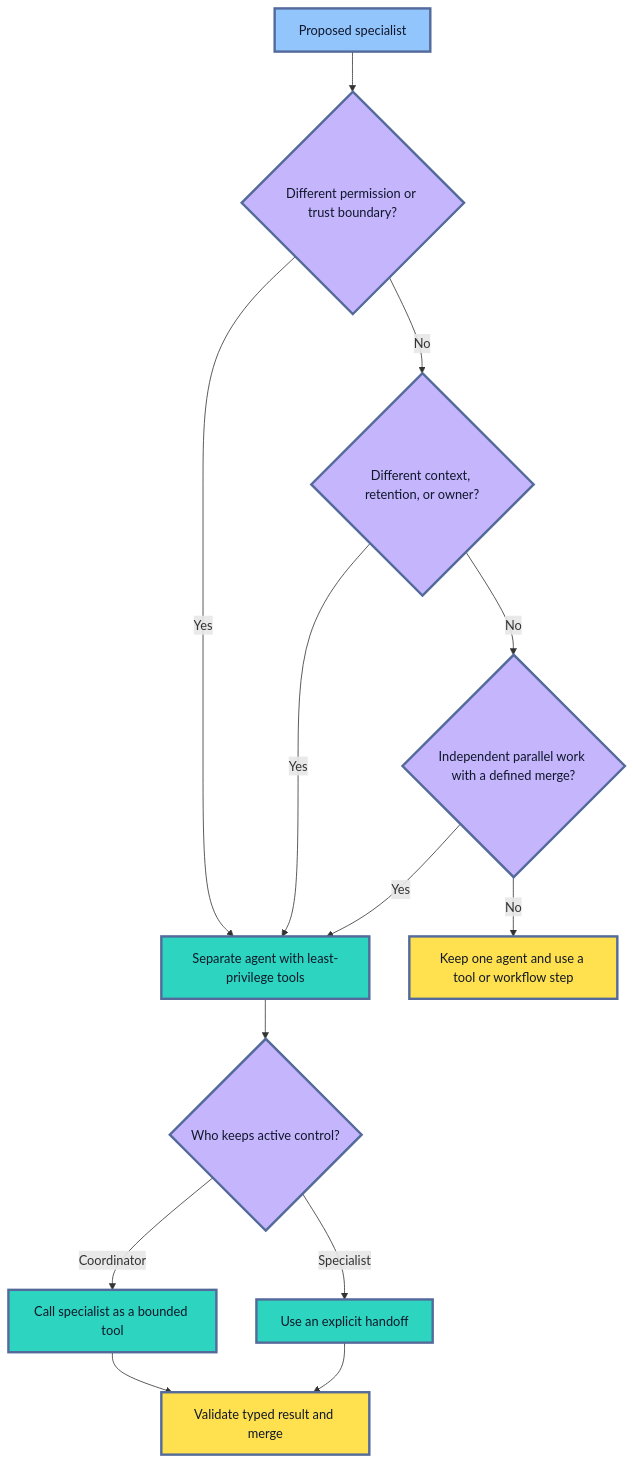
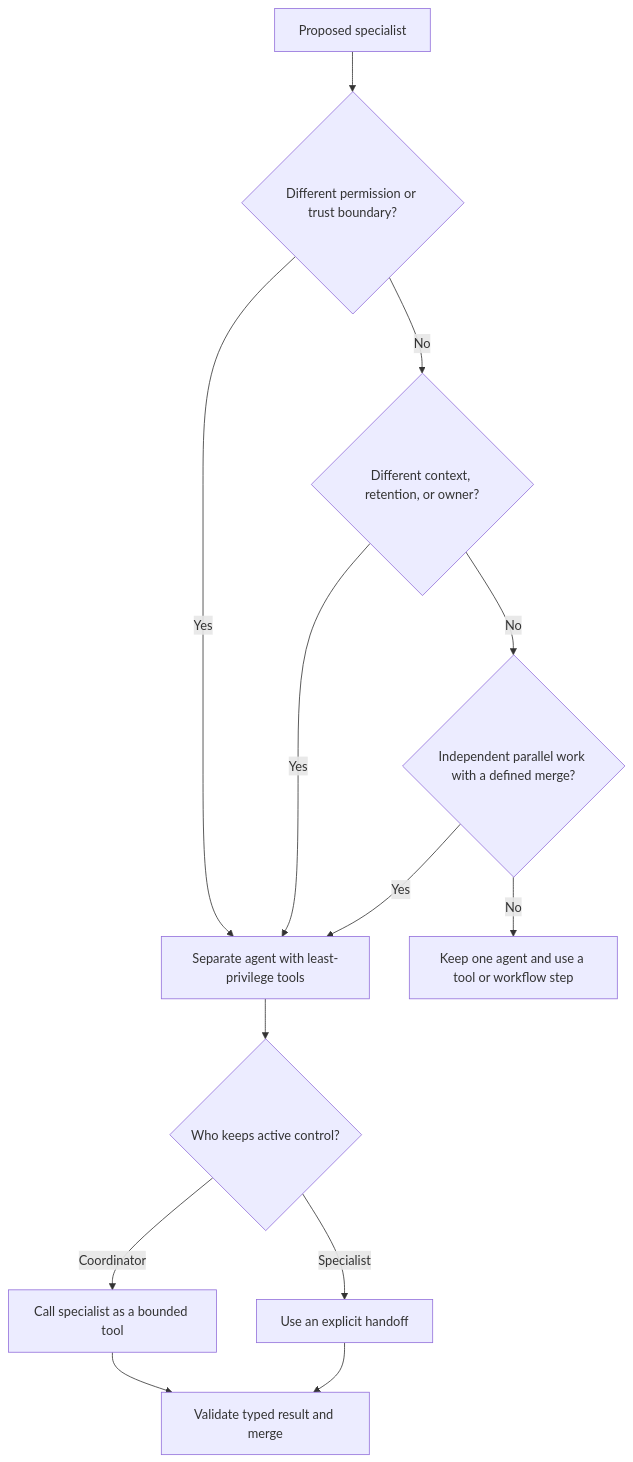
One commit to senlinyy/dev-roadmaps changed diagram 12 of 13 in roadmaps/mlops/modules/llmops/llm-app-foundations/03-workflows-and-agents.md. Above: the diagram before and after it, drawn with Mermaid. The commit also changed other lines of this file and 152 other files, not shown here.

Commit message:
feat: mlops and diagrams updated

````diff
--- a/roadmaps/mlops/modules/llmops/llm-app-foundations/03-workflows-and-agents.md
+++ b/roadmaps/mlops/modules/llmops/llm-app-foundations/03-workflows-and-agents.md
@@ -562,24 +533,20 @@
 ```mermaid
 flowchart TD
     A["Proposed specialist"] --> B{"Different permission or trust boundary?"}
     B -->|"Yes"| G["Separate agent with least-privilege tools"]
     B -->|"No"| C{"Different context, retention, or owner?"}
     C -->|"Yes"| G
     C -->|"No"| D{"Independent parallel work with a defined merge?"}
     D -->|"Yes"| G
     D -->|"No"| E["Keep one agent and use a tool or workflow step"]
     G --> H{"Who keeps active control?"}
     H -->|"Coordinator"| I["Call specialist as a bounded tool"]
     H -->|"Specialist"| J["Use an explicit handoff"]
     I --> K["Validate typed result and merge"]
     J --> K
 
-    classDef question fill:#C4B5FD,stroke:#536A9A,stroke-width:3px,color:#0F172A
-    classDef separate fill:#2DD4BF,stroke:#536A9A,stroke-width:3px,color:#0F172A
-    classDef simple fill:#93C5FD,stroke:#536A9A,stroke-width:3px,color:#0F172A
-    classDef control fill:#FFE04F,stroke:#536A9A,stroke-width:3px,color:#111827
     class A simple
     class B,C,D,H question
     class G,I,J separate
     class E,K control
 ```
````
